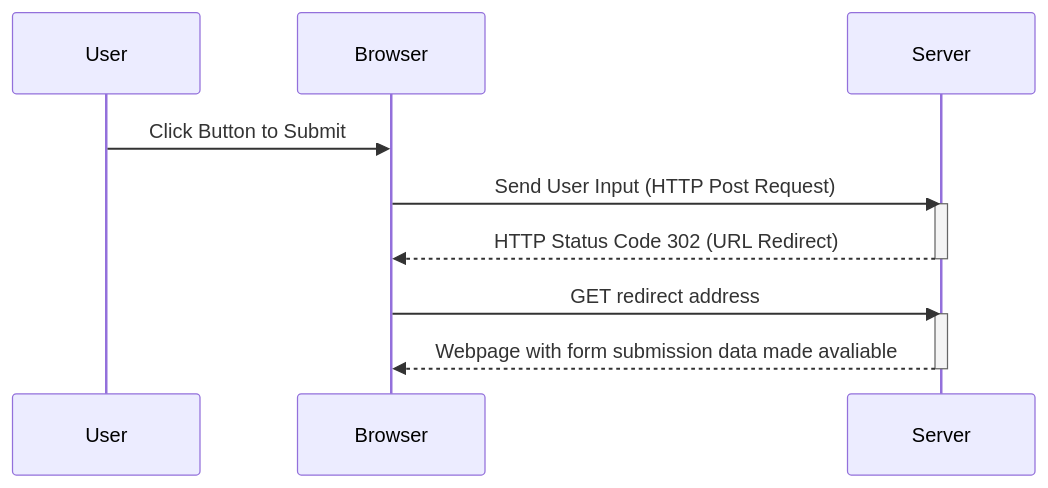
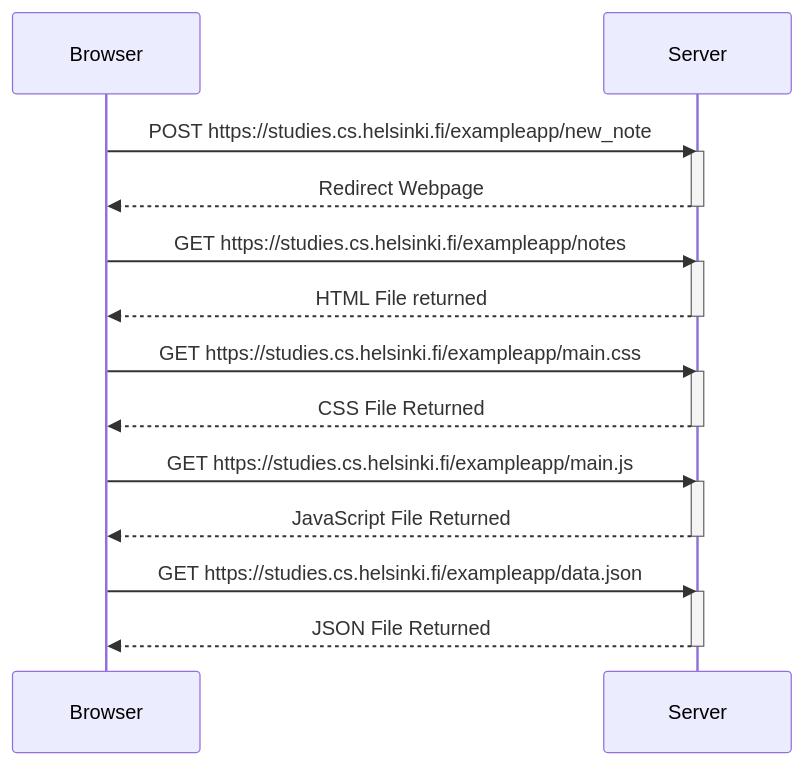
Before and after one commit to bakchormeee/Full-Stack-Open: the diagram in Part0/04_NewNoteDiagram.md, drawn with Mermaid. The commit also changed 14 other files, not shown here.

````diff
--- a/Part0/04_NewNoteDiagram.md
+++ b/Part0/04_NewNoteDiagram.md
@@ -1,17 +1,30 @@
 ``` mermaid
     sequenceDiagram
-        participant User
         participant Browser
         participant Server
 
-        User ->> Browser: Click Button to Submit
-        Browser ->> Server: Send User Input (HTTP Post Request)
+        Browser ->> Server: POST https://studies.cs.helsinki.fi/exampleapp/new_note
         activate Server
-        Server -->> Browser: HTTP Status Code 302 (URL Redirect)
+        Server -->> Browser: Redirect Webpage
         deactivate Server
 
-        Browser ->> Server: GET redirect address
+        Browser ->> Server: GET https://studies.cs.helsinki.fi/exampleapp/notes
         activate Server
-        Server -->> Browser: Webpage with form submission data made avaliable
+        Server -->> Browser: HTML File returned
+        deactivate Server
+
+        Browser ->> Server: GET https://studies.cs.helsinki.fi/exampleapp/main.css
+        activate Server
+        Server -->> Browser: CSS File Returned
+        deactivate Server
+
+        Browser ->> Server: GET https://studies.cs.helsinki.fi/exampleapp/main.js
+        activate Server
+        Server -->> Browser: JavaScript File Returned
+        deactivate Server
+
+        Browser ->> Server: GET https://studies.cs.helsinki.fi/exampleapp/data.json
+        activate Server
+        Server -->> Browser: JSON File Returned
         deactivate Server
 ```
````
